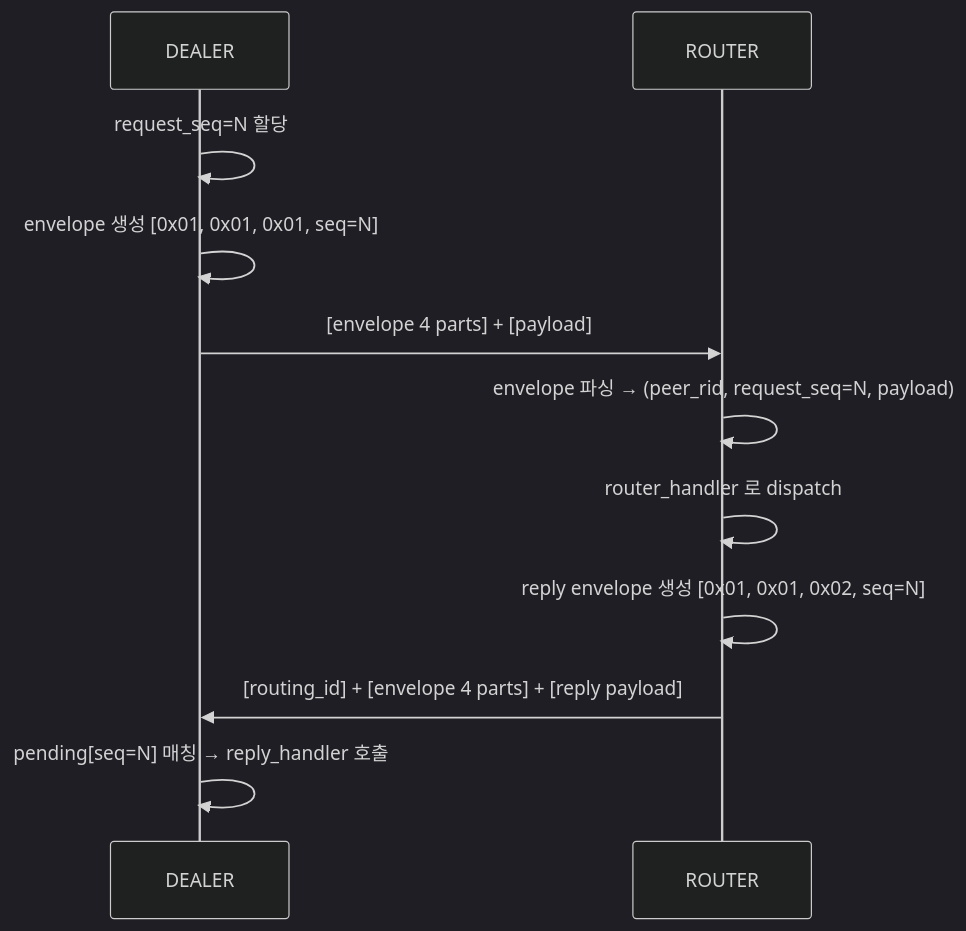
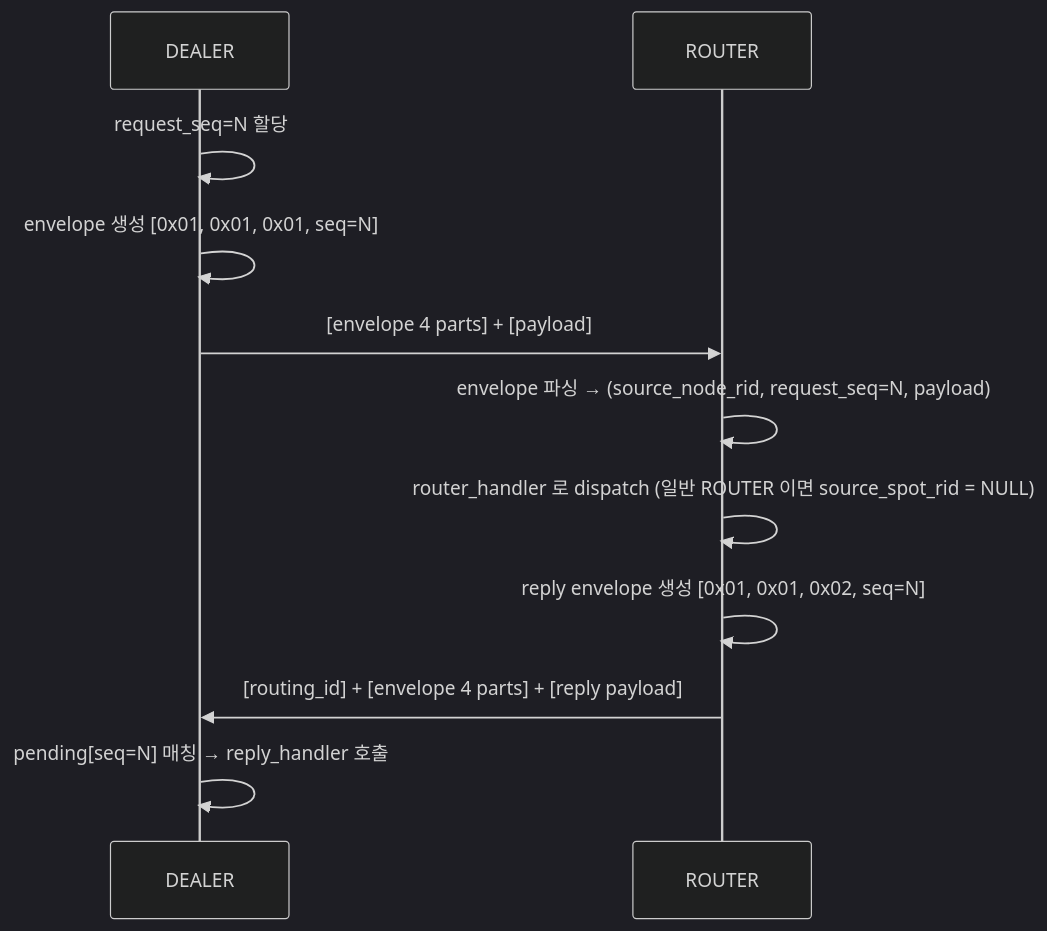
Before and after one commit to kairos-code-dev/zlink: the second of 5 diagrams in doc/internals/protocol-zmp.ko.md, drawn with Mermaid (dark theme). The commit also changed other lines of this file and 624 other files, not shown here.

````diff
--- a/doc/internals/protocol-zmp.ko.md
+++ b/doc/internals/protocol-zmp.ko.md
@@ -116,14 +116,14 @@
 ```mermaid
 sequenceDiagram
     participant D as DEALER
     participant R as ROUTER
 
     D->>D: request_seq=N 할당
     D->>D: envelope 생성 [0x01, 0x01, 0x01, seq=N]
     D->>R: [envelope 4 parts] + [payload]
-    R->>R: envelope 파싱 → (peer_rid, request_seq=N, payload)
-    R->>R: router_handler 로 dispatch
+    R->>R: envelope 파싱 → (source_node_rid, request_seq=N, payload)
+    R->>R: router_handler 로 dispatch (일반 ROUTER 이면 source_spot_rid = NULL)
     R->>R: reply envelope 생성 [0x01, 0x01, 0x02, seq=N]
     R->>D: [routing_id] + [envelope 4 parts] + [reply payload]
     D->>D: pending[seq=N] 매칭 → reply_handler 호출
 ```
````
